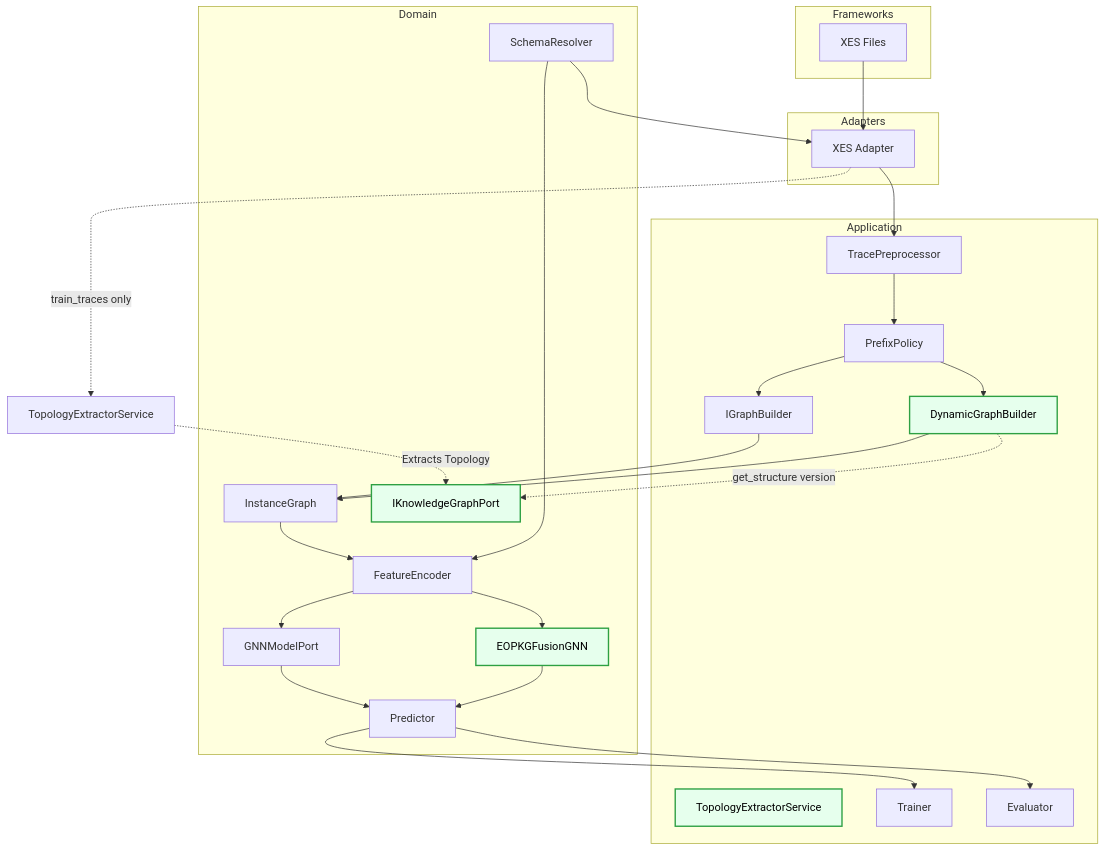
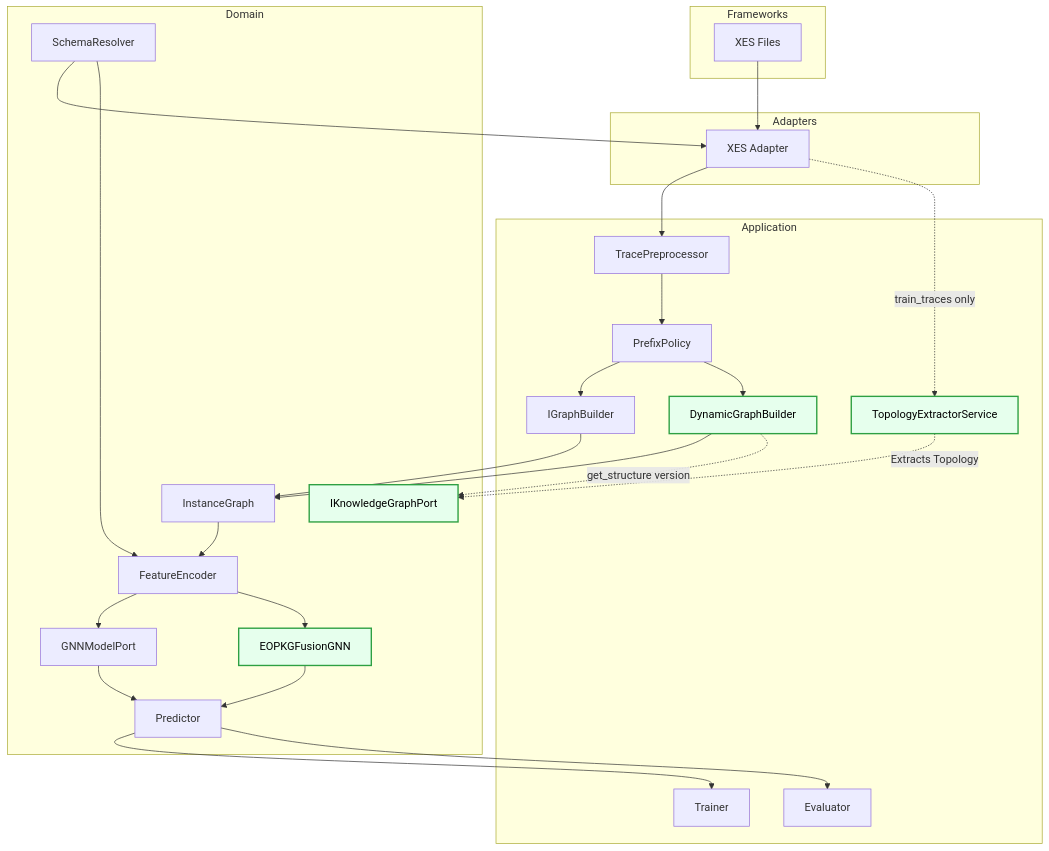
The first of 5 diagrams in docs/ARCHITECTURE_MVP2.MD (ghsrg/bpm_prediction), drawn with Mermaid before and after one commit. The commit also changed other lines of this file, not shown here.

Commit message:
Upfate Documentation for MVP2

````diff
--- a/docs/ARCHITECTURE_MVP2.MD
+++ b/docs/ARCHITECTURE_MVP2.MD
@@ -20,60 +20,60 @@
 ```mermaid
 flowchart TB
     classDef mvp2 fill:#e6ffed,stroke:#2ea043,stroke-width:2px,color:#000;
 
     subgraph Frameworks
         XES[XES Files]
     end
 
     subgraph Adapters
         XESAdapter[XES Adapter]
     end
 
     subgraph Application
         TracePreprocessor[TracePreprocessor]
         PrefixPolicy[PrefixPolicy]
         GraphBuilder[IGraphBuilder]
         DynamicGraphBuilder[DynamicGraphBuilder]:::mvp2
-        TopologyExtractor[TopologyExtractorService]:::mvp2
+        TopologyExtractorService[TopologyExtractorService]:::mvp2
         Trainer[Trainer]
         Evaluator[Evaluator]
     end
 
     subgraph Domain
         SchemaResolver[SchemaResolver]
         InstanceGraph[InstanceGraph]
         FeatureEncoder[FeatureEncoder]
         GNNModel[GNNModelPort]
         EOPKGFusionGNN[EOPKGFusionGNN]:::mvp2
         IKnowledgeGraphPort[IKnowledgeGraphPort]:::mvp2
         Predictor[Predictor]
     end
 
     XES --> XESAdapter
     XESAdapter --> TracePreprocessor
     
     %% MVP2 Zero-Shot flow
     XESAdapter -.->|train_traces only| TopologyExtractorService
     TopologyExtractorService -.->|Extracts Topology| IKnowledgeGraphPort
     
     TracePreprocessor --> PrefixPolicy
     PrefixPolicy --> GraphBuilder
     PrefixPolicy --> DynamicGraphBuilder
     
     GraphBuilder --> InstanceGraph
     DynamicGraphBuilder --> InstanceGraph
     DynamicGraphBuilder -.->|get_structure version| IKnowledgeGraphPort
     
     InstanceGraph --> FeatureEncoder
     FeatureEncoder --> GNNModel
     FeatureEncoder --> EOPKGFusionGNN
     
     SchemaResolver --> XESAdapter
     SchemaResolver --> FeatureEncoder
     
     GNNModel --> Predictor
     EOPKGFusionGNN --> Predictor
     
     Predictor --> Trainer
     Predictor --> Evaluator
 ```
````
